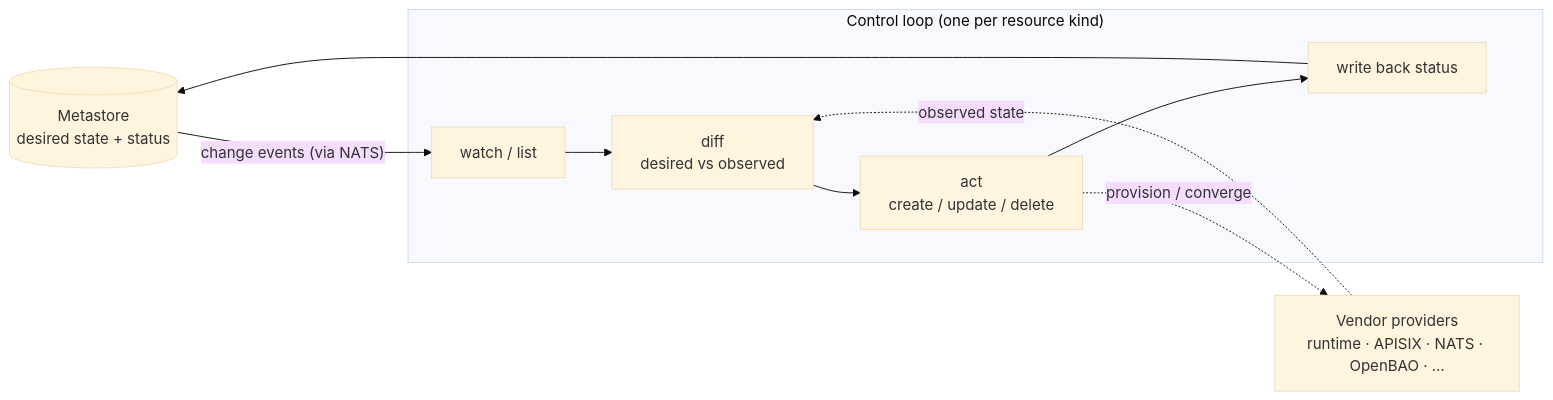
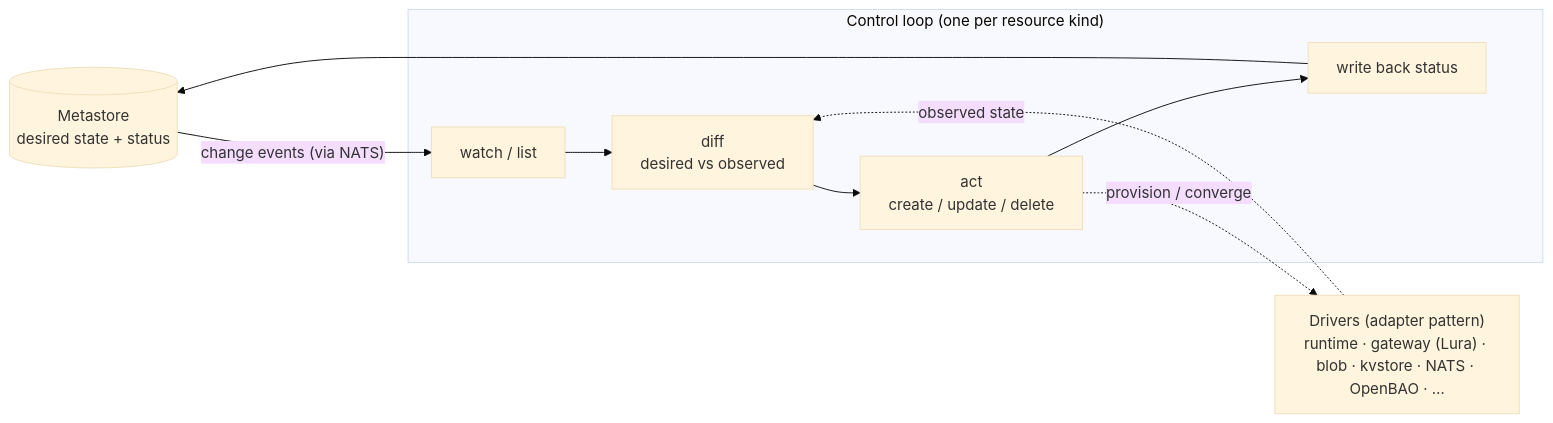
Before and after one commit to pyvvo/funcd: the fourth of 8 diagrams in blueprint.md, drawn with Mermaid (base theme). The commit also changed other lines of this file and 1 other file, not shown here.

````diff
--- a/blueprint.md
+++ b/blueprint.md
@@ -321,15 +365,15 @@
 ```mermaid
 flowchart LR
     MS[("Metastore<br/>desired state + status")]
     subgraph Loop["Control loop (one per resource kind)"]
         Watch["watch / list"]
         Diff["diff<br/>desired vs observed"]
         Act["act<br/>create / update / delete"]
         Status["write back status"]
         Watch --> Diff --> Act --> Status
     end
     MS -- "change events (via NATS)" --> Watch
     Status --> MS
-    Act -. "provision / converge" .-> Providers["Vendor providers<br/>runtime · APISIX · NATS · OpenBAO · …"]
+    Act -. "provision / converge" .-> Providers["Drivers (adapter pattern)<br/>runtime · gateway (Lura) · blob · kvstore · NATS · OpenBAO · …"]
     Providers -. "observed state" .-> Diff
 ```
````
